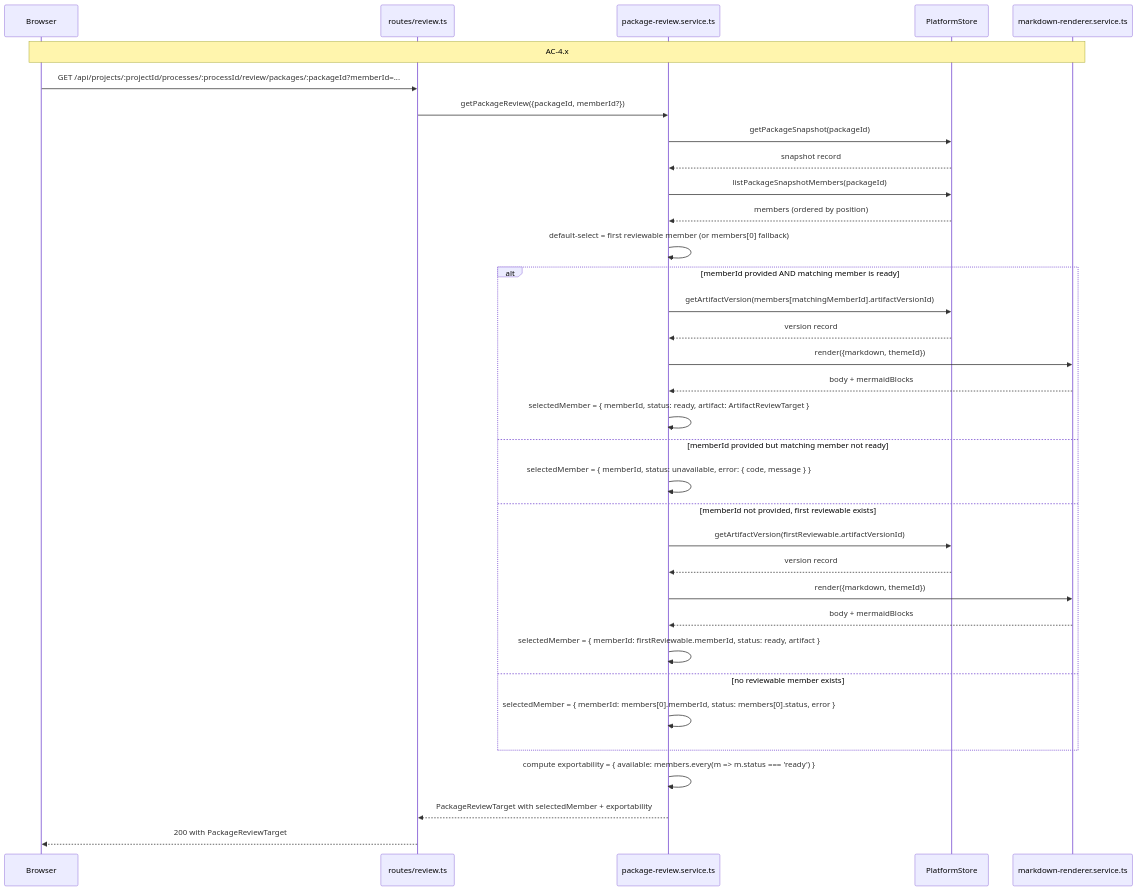
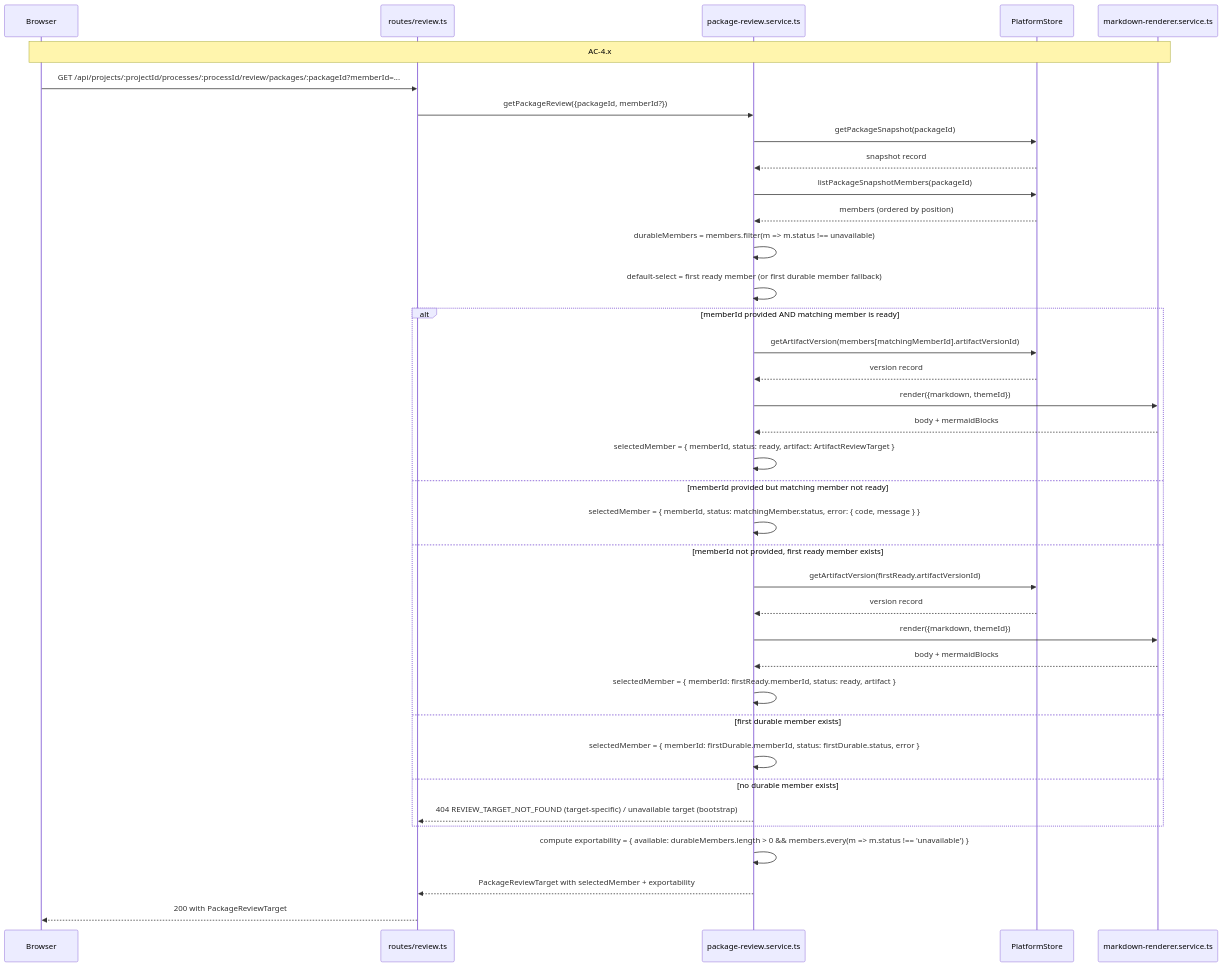
Before and after one commit to liminal-ai/liminal-build: the fifth of 8 diagrams in docs/spec-build/v2/epics/04--artifact-review-and-package-surface/tech-design-server.md, drawn with Mermaid. The commit also changed other lines of this file and 70 other files, not shown here.

````diff
--- a/docs/spec-build/v2/epics/04--artifact-review-and-package-surface/tech-design-server.md
+++ b/docs/spec-build/v2/epics/04--artifact-review-and-package-surface/tech-design-server.md
@@ -1006,37 +1057,40 @@
 ```mermaid
 sequenceDiagram
     participant Browser
     participant Route as routes/review.ts
     participant Package as package-review.service.ts
     participant Store as PlatformStore
     participant Renderer as markdown-renderer.service.ts
 
     Note over Browser,Renderer: AC-4.x
     Browser->>Route: GET /api/projects/:projectId/processes/:processId/review/packages/:packageId?memberId=...
     Route->>Package: getPackageReview({packageId, memberId?})
     Package->>Store: getPackageSnapshot(packageId)
     Store-->>Package: snapshot record
     Package->>Store: listPackageSnapshotMembers(packageId)
     Store-->>Package: members (ordered by position)
-    Package->>Package: default-select = first reviewable member (or members[0] fallback)
+    Package->>Package: durableMembers = members.filter(m => m.status !== unavailable)
+    Package->>Package: default-select = first ready member (or first durable member fallback)
     alt memberId provided AND matching member is ready
         Package->>Store: getArtifactVersion(members[matchingMemberId].artifactVersionId)
         Store-->>Package: version record
         Package->>Renderer: render({markdown, themeId})
         Renderer-->>Package: body + mermaidBlocks
         Package->>Package: selectedMember = { memberId, status: ready, artifact: ArtifactReviewTarget }
     else memberId provided but matching member not ready
-        Package->>Package: selectedMember = { memberId, status: unavailable, error: { code, message } }
-    else memberId not provided, first reviewable exists
-        Package->>Store: getArtifactVersion(firstReviewable.artifactVersionId)
+        Package->>Package: selectedMember = { memberId, status: matchingMember.status, error: { code, message } }
+    else memberId not provided, first ready member exists
+        Package->>Store: getArtifactVersion(firstReady.artifactVersionId)
         Store-->>Package: version record
         Package->>Renderer: render({markdown, themeId})
         Renderer-->>Package: body + mermaidBlocks
-        Package->>Package: selectedMember = { memberId: firstReviewable.memberId, status: ready, artifact }
-    else no reviewable member exists
-        Package->>Package: selectedMember = { memberId: members[0].memberId, status: members[0].status, error }
+        Package->>Package: selectedMember = { memberId: firstReady.memberId, status: ready, artifact }
+    else first durable member exists
+        Package->>Package: selectedMember = { memberId: firstDurable.memberId, status: firstDurable.status, error }
+    else no durable member exists
+        Package-->>Route: 404 REVIEW_TARGET_NOT_FOUND (target-specific) / unavailable target (bootstrap)
     end
-    Package->>Package: compute exportability = { available: members.every(m => m.status === 'ready') }
+    Package->>Package: compute exportability = { available: durableMembers.length > 0 && members.every(m => m.status !== 'unavailable') }
     Package-->>Route: PackageReviewTarget with selectedMember + exportability
     Route-->>Browser: 200 with PackageReviewTarget
 ```
````
